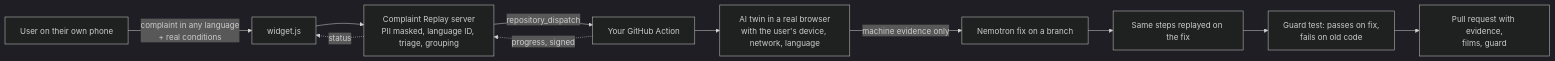
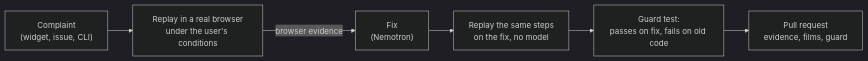
One commit to yashasviyadav30/complaint-replay changed the diagram in README.md. Above: the diagram before and after it, drawn with Mermaid (dark theme). The commit also changed other lines of this file and 10 other files, not shown here.

First line of the commit message:
docs: README as a tool reference (Action, CLI, MCP); CI workflow; security and contributing guides; demo scripts move to scripts/

````diff
--- a/README.md
+++ b/README.md
@@ -174,13 +43,8 @@
 ```mermaid
 flowchart LR
-    U["User on their own phone"] -->|"complaint in any language<br/>+ real conditions"| W["widget.js"]
-    W --> S["Complaint Replay server<br/>PII masked, language ID, triage, grouping"]
-    S -->|"repository_dispatch"| A["Your GitHub Action"]
-    A --> T["AI twin in a real browser<br/>with the user's device, network, language"]
-    T -->|"machine evidence only"| F["Nemotron fix on a branch"]
-    F --> P["Same steps replayed on the fix"]
-    P --> G["Guard test: passes on fix,<br/>fails on old code"]
-    G --> PR["Pull request with evidence,<br/>films, guard"]
-    A -. "progress, signed" .-> S
-    S -. "status" .-> W
+    C["Complaint<br/>(widget, issue, CLI)"] --> R["Replay in a real browser<br/>under the user's conditions"]
+    R -->|"browser evidence"| F["Fix<br/>(Nemotron)"]
+    F --> P["Replay the same steps<br/>on the fix, no model"]
+    P --> G["Guard test:<br/>passes on fix, fails on old code"]
+    G --> PR["Pull request<br/>evidence, films, guard"]
 ```
````
